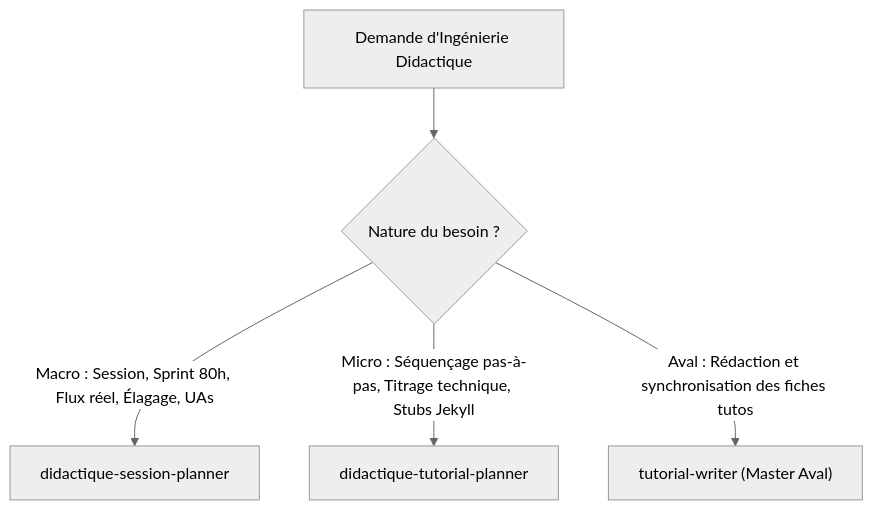
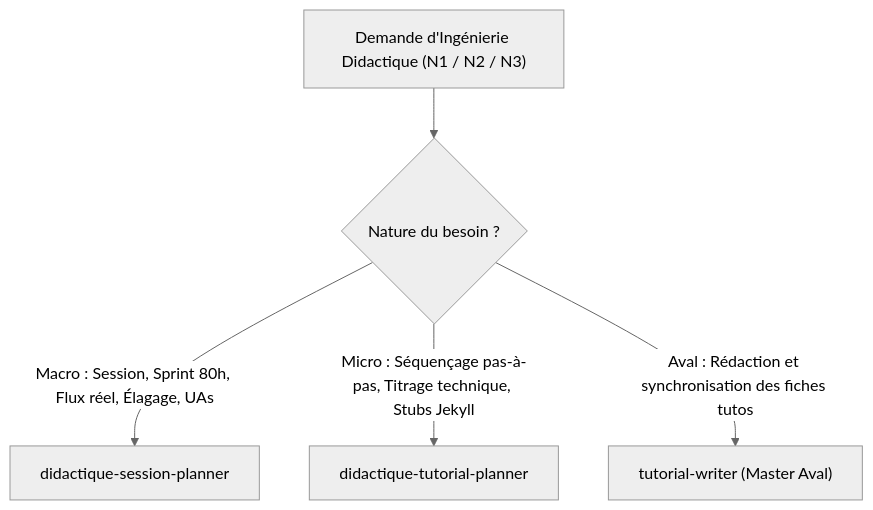
The diagram in .agents/skills/didactique/SKILL.md (solicode-web-mobile/autoformations-professionaliser), drawn with Mermaid (neutral theme) before and after one commit. The commit also changed other lines of this file and 6 other files, not shown here.

````diff
--- a/.agents/skills/didactique/SKILL.md
+++ b/.agents/skills/didactique/SKILL.md
@@ -30,7 +30,7 @@
 ```mermaid
 flowchart TD
-    Demande["Demande d'Ingénierie Didactique"] --> Routeur{"Nature du besoin ?"}
+    Demande["Demande d'Ingénierie Didactique (N1 / N2 / N3)"] --> Routeur{"Nature du besoin ?"}
     Routeur -- "Macro : Session, Sprint 80h, Flux réel, Élagage, UAs" --> SP["didactique-session-planner"]
     Routeur -- "Micro : Séquençage pas-à-pas, Titrage technique, Stubs Jekyll" --> TP["didactique-tutorial-planner"]
     Routeur -- "Aval : Rédaction et synchronisation des fiches tutos" --> TW["tutorial-writer (Master Aval)"]
 ```
````
